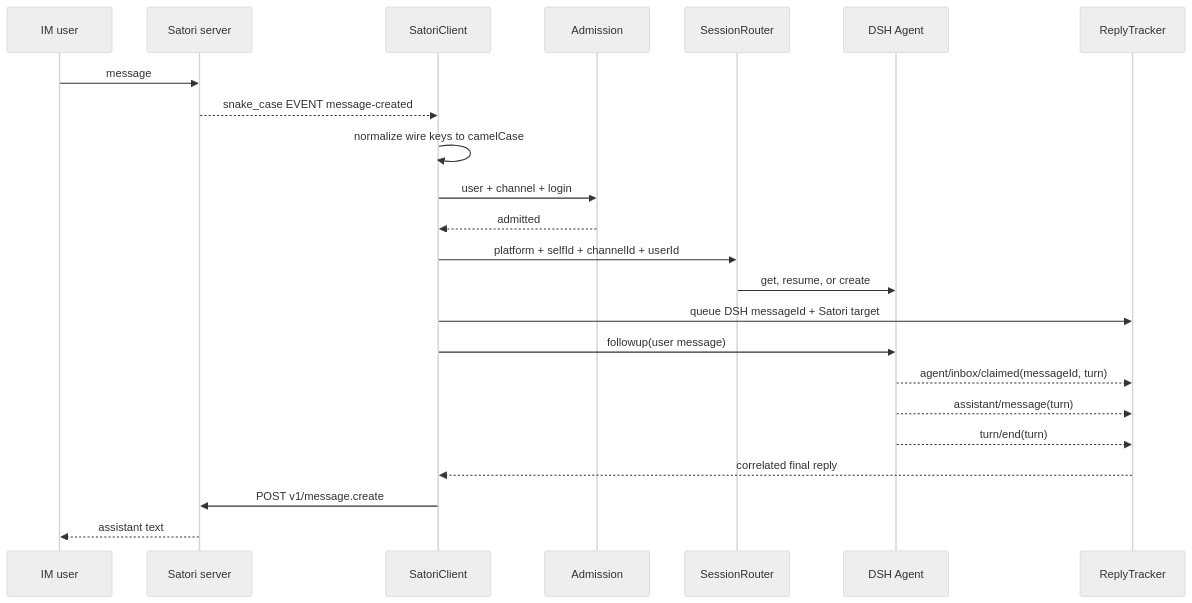
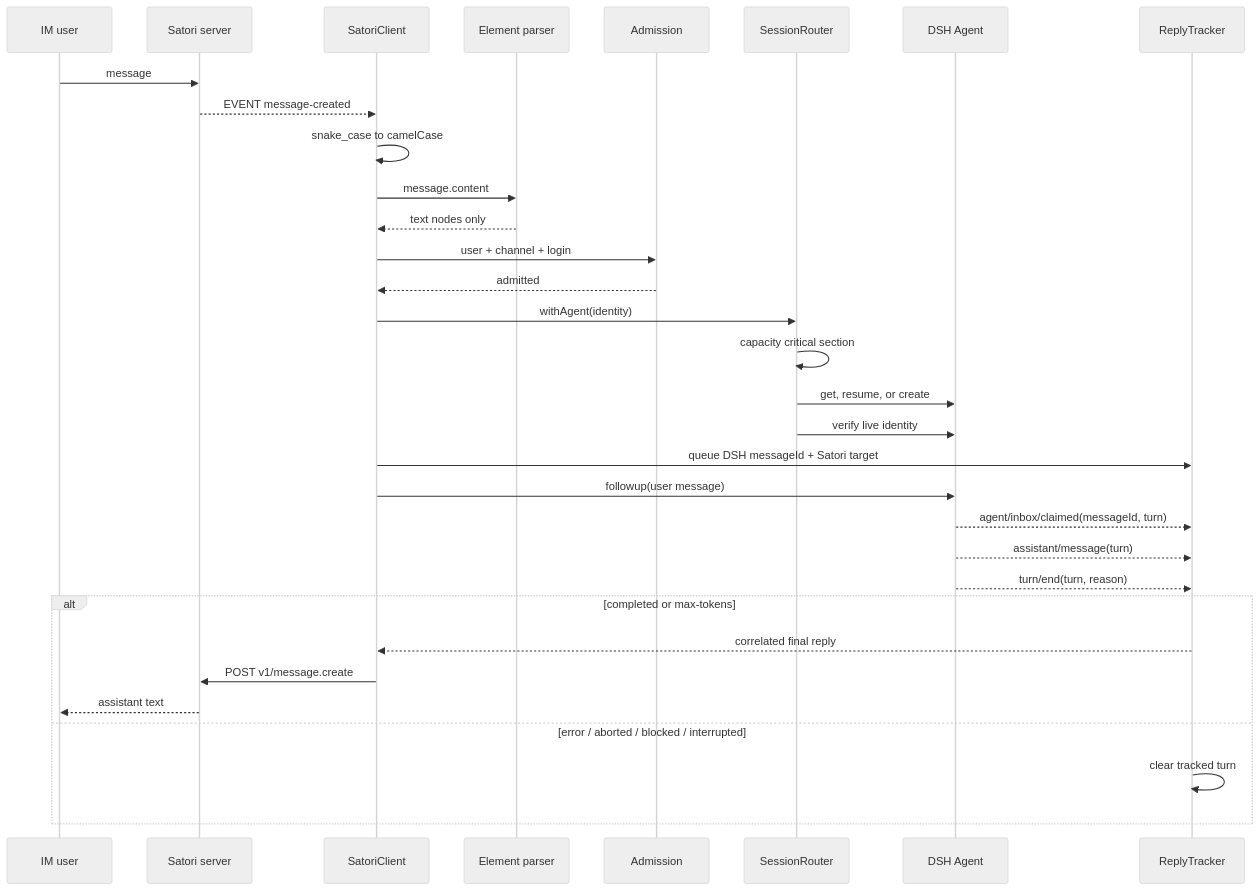
The diagram in docs/data-flow.md (Ri0n72Y/dsh-satori), drawn with Mermaid (neutral theme) before and after one commit. The commit also changed other lines of this file and 20 other files, not shown here.

````diff
--- a/docs/data-flow.md
+++ b/docs/data-flow.md
@@ -5,26 +3,35 @@
 ```mermaid
 sequenceDiagram
     participant U as IM user
     participant S as Satori server
     participant C as SatoriClient
+    participant E as Element parser
     participant G as Admission
     participant R as SessionRouter
     participant A as DSH Agent
     participant T as ReplyTracker
 
     U->>S: message
-    S-->>C: snake_case EVENT message-created
-    C->>C: normalize wire keys to camelCase
+    S-->>C: EVENT message-created
+    C->>C: snake_case to camelCase
+    C->>E: message.content
+    E-->>C: text nodes only
     C->>G: user + channel + login
     G-->>C: admitted
-    C->>R: platform + selfId + channelId + userId
+    C->>R: withAgent(identity)
+    R->>R: capacity critical section
     R->>A: get, resume, or create
+    R->>A: verify live identity
     C->>T: queue DSH messageId + Satori target
     C->>A: followup(user message)
     A-->>T: agent/inbox/claimed(messageId, turn)
     A-->>T: assistant/message(turn)
-    A-->>T: turn/end(turn)
-    T-->>C: correlated final reply
-    C->>S: POST v1/message.create
-    S-->>U: assistant text
+    A-->>T: turn/end(turn, reason)
+    alt completed or max-tokens
+        T-->>C: correlated final reply
+        C->>S: POST v1/message.create
+        S-->>U: assistant text
+    else error / aborted / blocked / interrupted
+        T->>T: clear tracked turn
+    end
 ```
````
